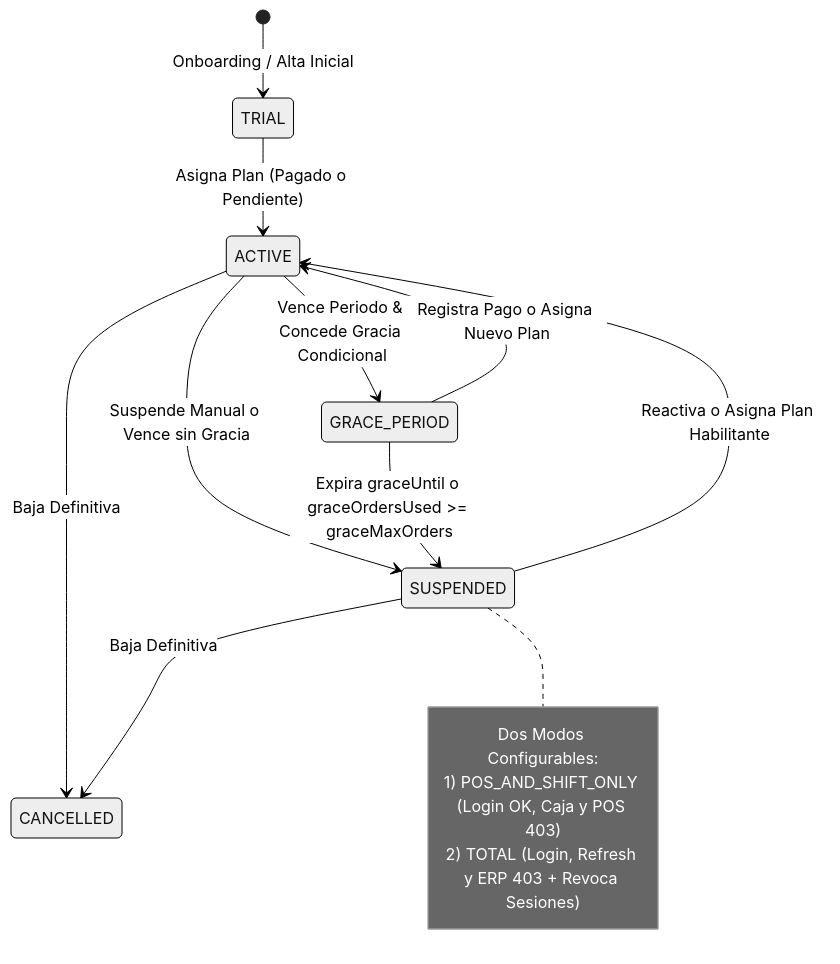
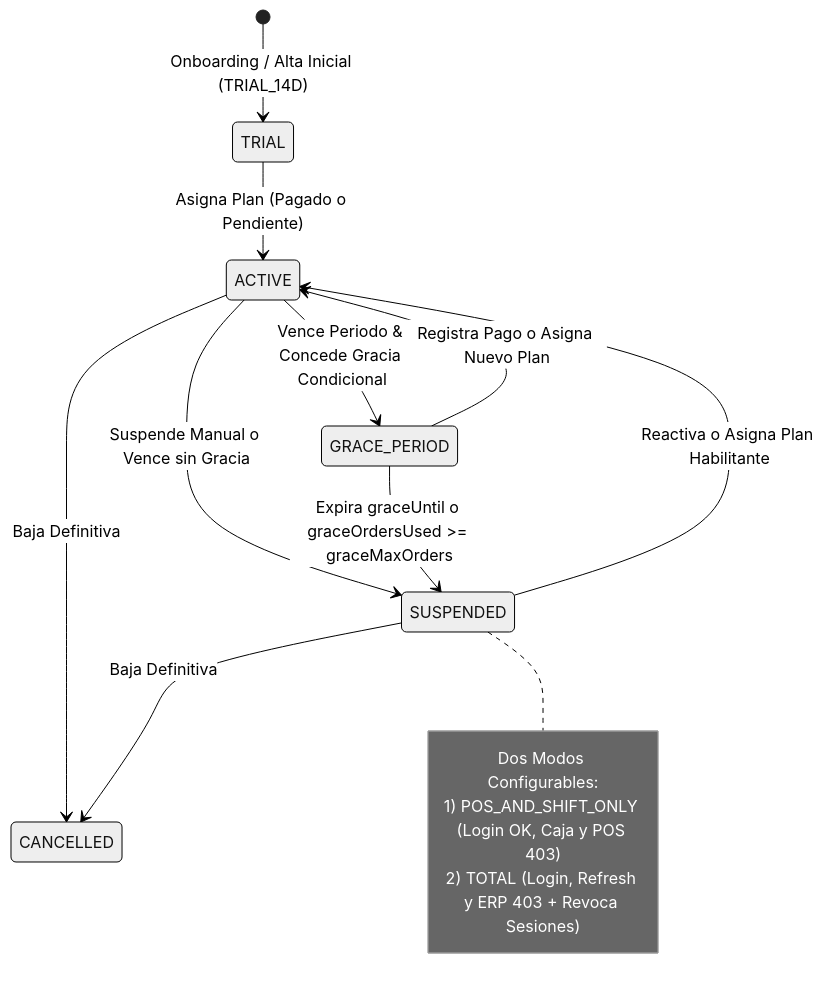
The first of 3 diagrams in docs/backoffice/architecture/sequence_and_state_subscriptions.md (vakajose/gestion-restaurante), drawn with Mermaid (neutral theme) before and after one commit. The commit also changed other lines of this file and 156 other files, not shown here.

````diff
--- a/docs/backoffice/architecture/sequence_and_state_subscriptions.md
+++ b/docs/backoffice/architecture/sequence_and_state_subscriptions.md
@@ -23,18 +23,18 @@
 ```mermaid
 stateDiagram-v2
-    [*] --> TRIAL: Onboarding / Alta Inicial
+    [*] --> TRIAL: Onboarding / Alta Inicial (TRIAL_14D)
     TRIAL --> ACTIVE: Asigna Plan (Pagado o Pendiente)
     ACTIVE --> GRACE_PERIOD: Vence Periodo & Concede Gracia Condicional
     GRACE_PERIOD --> ACTIVE: Registra Pago o Asigna Nuevo Plan
     ACTIVE --> SUSPENDED: Suspende Manual o Vence sin Gracia
     GRACE_PERIOD --> SUSPENDED: Expira graceUntil o graceOrdersUsed >= graceMaxOrders
     SUSPENDED --> ACTIVE: Reactiva o Asigna Plan Habilitante
     ACTIVE --> CANCELLED: Baja Definitiva
     SUSPENDED --> CANCELLED: Baja Definitiva
 
     note right of SUSPENDED
         Dos Modos Configurables:
         1) POS_AND_SHIFT_ONLY (Login OK, Caja y POS 403)
         2) TOTAL (Login, Refresh y ERP 403 + Revoca Sesiones)
     end note
 ```
````
